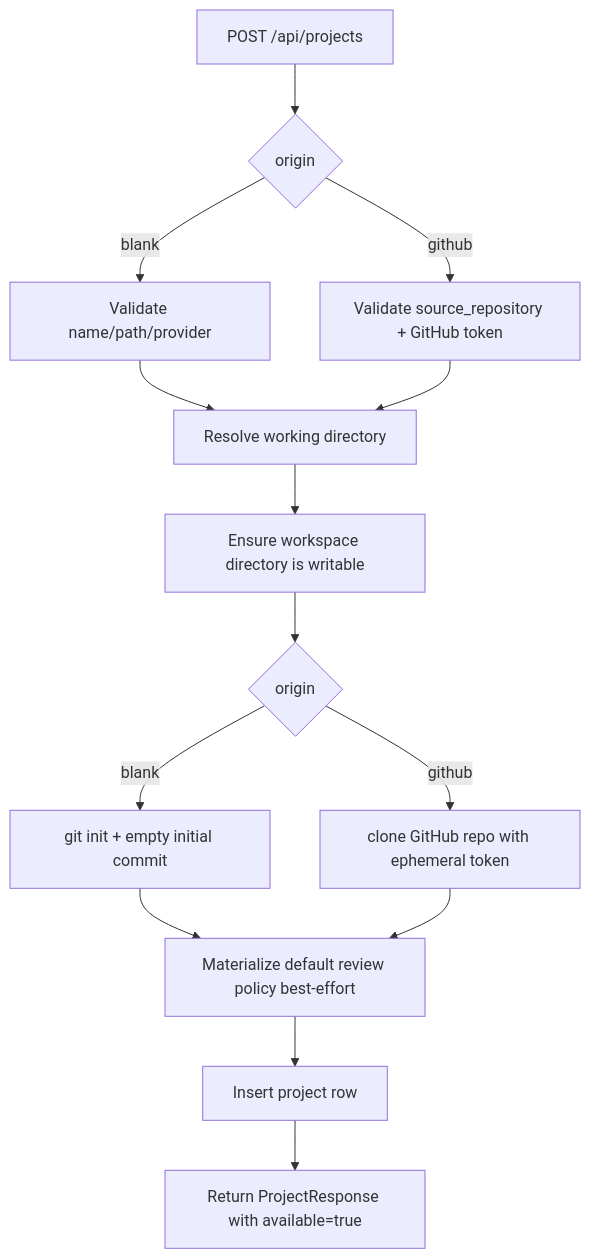
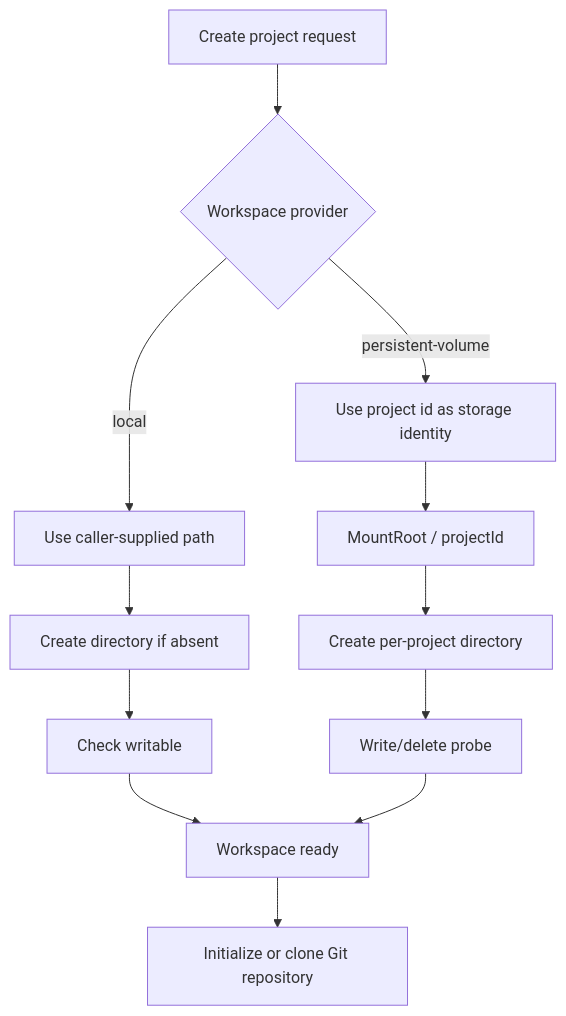
The second of 3 diagrams in docs/deep-dive/projects.md (sabbour/agentweaver), drawn with Mermaid before and after one commit. The commit also changed other lines of this file and 12 other files, not shown here.

````diff
--- a/docs/deep-dive/projects.md
+++ b/docs/deep-dive/projects.md
@@ -11,16 +146,17 @@
 ```mermaid
 flowchart TD
-  A[POST /api/projects] --> B{origin}
-  B -->|blank| C[Validate name/path/provider]
-  B -->|github| D[Validate source_repository + GitHub token]
-  C --> E[Resolve working directory]
-  D --> E
-  E --> F[Ensure workspace directory is writable]
-  F --> G{origin}
-  G -->|blank| H[git init + empty initial commit]
-  G -->|github| I[clone GitHub repo with ephemeral token]
-  H --> J[Materialize default review policy best-effort]
-  I --> J
-  J --> K[Insert project row]
-  K --> L[Return ProjectResponse with available=true]
+  Request[Create project request] --> Provider{Workspace provider}
+
+  Provider -->|local| LocalPath[Use caller-supplied path]
+  LocalPath --> LocalEnsure[Create directory if absent]
+  LocalEnsure --> LocalProbe[Check writable]
+
+  Provider -->|persistent-volume| ProjectId[Use project id as storage identity]
+  ProjectId --> PvcPath[MountRoot / projectId]
+  PvcPath --> PvcEnsure[Create per-project directory]
+  PvcEnsure --> PvcProbe[Write/delete probe]
+
+  LocalProbe --> WorkspaceReady[Workspace ready]
+  PvcProbe --> WorkspaceReady
+  WorkspaceReady --> Git[Initialize or clone Git repository]
 ```
````
